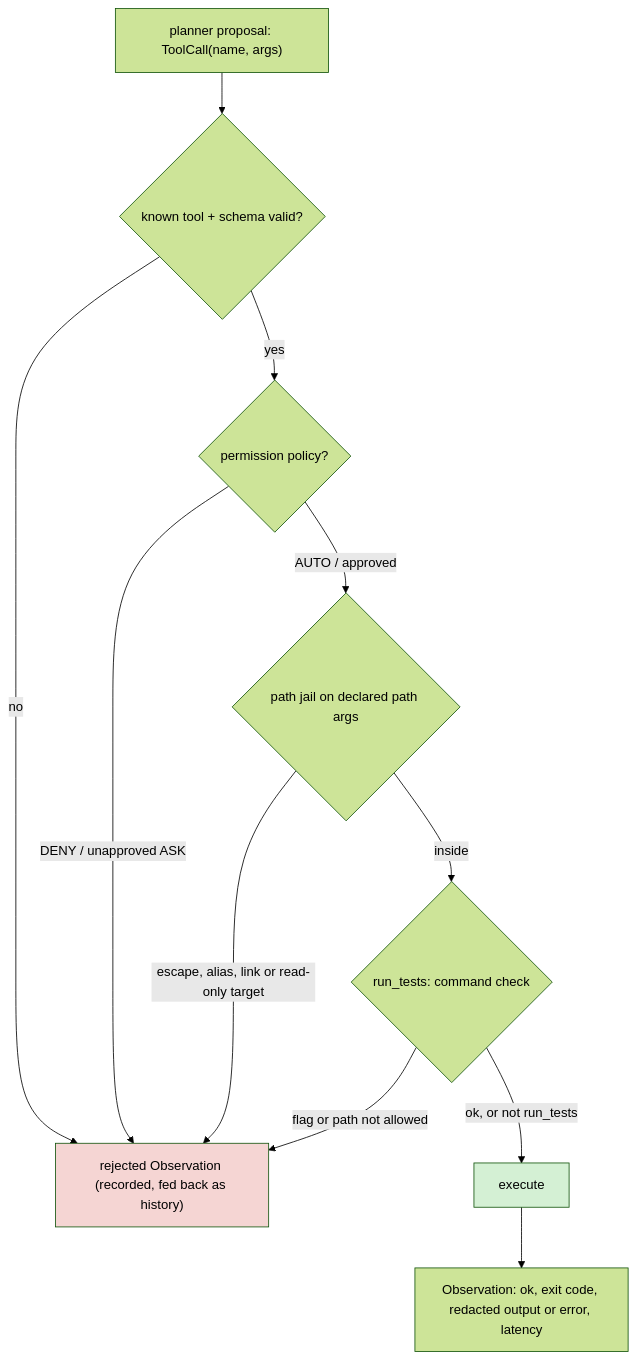
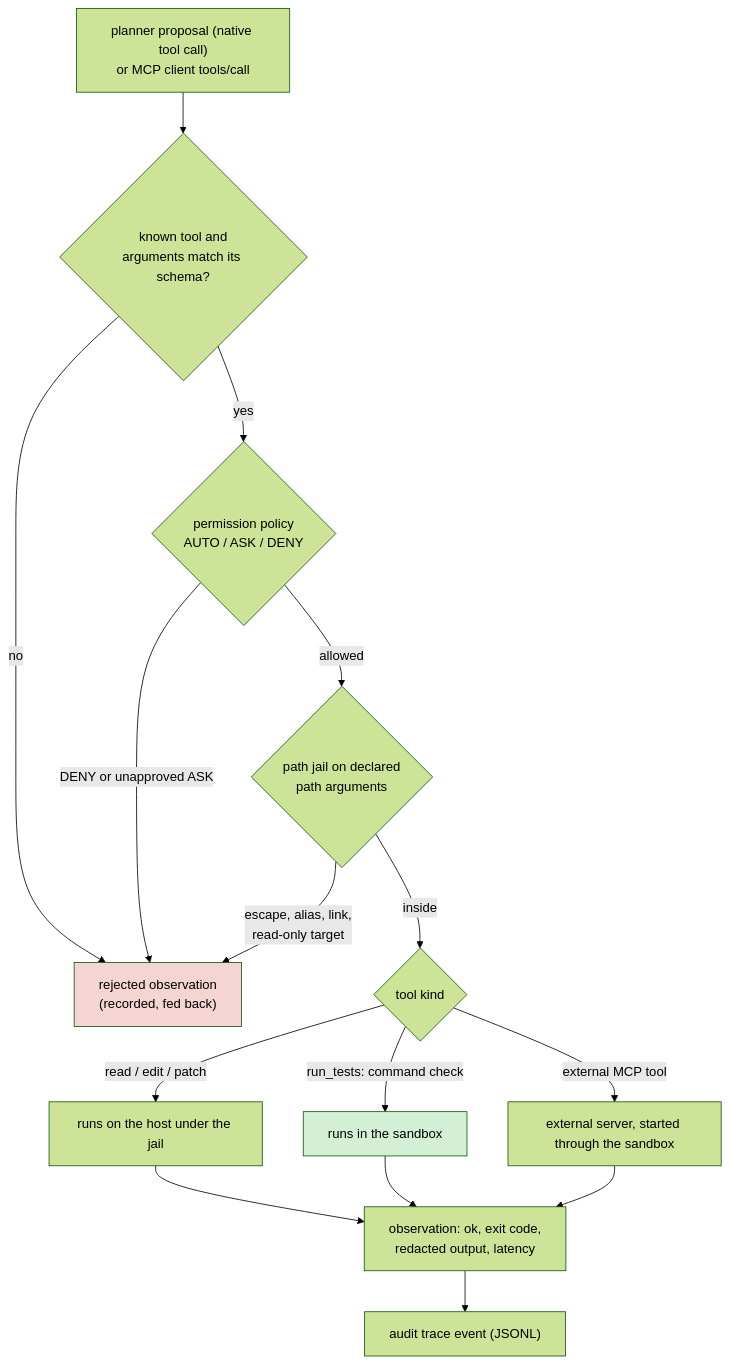
The second of 3 diagrams in README.md (vaibhav3000/repo-engineer), drawn with Mermaid (forest theme) before and after one commit. The commit also changed other lines of this file and 2 other files, not shown here.

````diff
--- a/README.md
+++ b/README.md
@@ -180,15 +86,19 @@
 ```mermaid
 flowchart TD
-    P["planner proposal: ToolCall(name, args)"] --> V{"known tool + schema valid?"}
-    V -->|"no"| REJ["rejected Observation (recorded, fed back as history)"]
-    V -->|"yes"| POL{"permission policy?"}
-    POL -->|"DENY / unapproved ASK"| REJ
-    POL -->|"AUTO / approved"| JAIL{"path jail on declared path args"}
-    JAIL -->|"escape, alias, link or read-only target"| REJ
-    JAIL -->|"inside"| EXEC{"run_tests: command check"}
-    EXEC -->|"flag or path not allowed"| REJ
-    EXEC -->|"ok, or not run_tests"| RUN["execute"]
-    RUN --> OBS["Observation: ok, exit code, redacted output or error, latency"]
+    P["planner proposal (native tool call)<br/>or MCP client tools/call"] --> V{"known tool and<br/>arguments match its schema?"}
+    V -->|no| REJ["rejected observation<br/>(recorded, fed back)"]
+    V -->|yes| POL{"permission policy<br/>AUTO / ASK / DENY"}
+    POL -->|"DENY or unapproved ASK"| REJ
+    POL -->|allowed| JAIL{"path jail on declared<br/>path arguments"}
+    JAIL -->|"escape, alias, link,<br/>read-only target"| REJ
+    JAIL -->|inside| KIND{"tool kind"}
+    KIND -->|"read / edit / patch"| HOST["runs on the host under the jail"]
+    KIND -->|"run_tests: command check"| SBX["runs in the sandbox"]
+    KIND -->|"external MCP tool"| EXT["external server, started through the sandbox"]
+    HOST --> OBS["observation: ok, exit code,<br/>redacted output, latency"]
+    SBX --> OBS
+    EXT --> OBS
+    OBS --> TRACE["audit trace event (JSONL)"]
     style REJ fill:#f5d5d3
-    style RUN fill:#d4f0d4
+    style SBX fill:#d4f0d4
 ```
````
